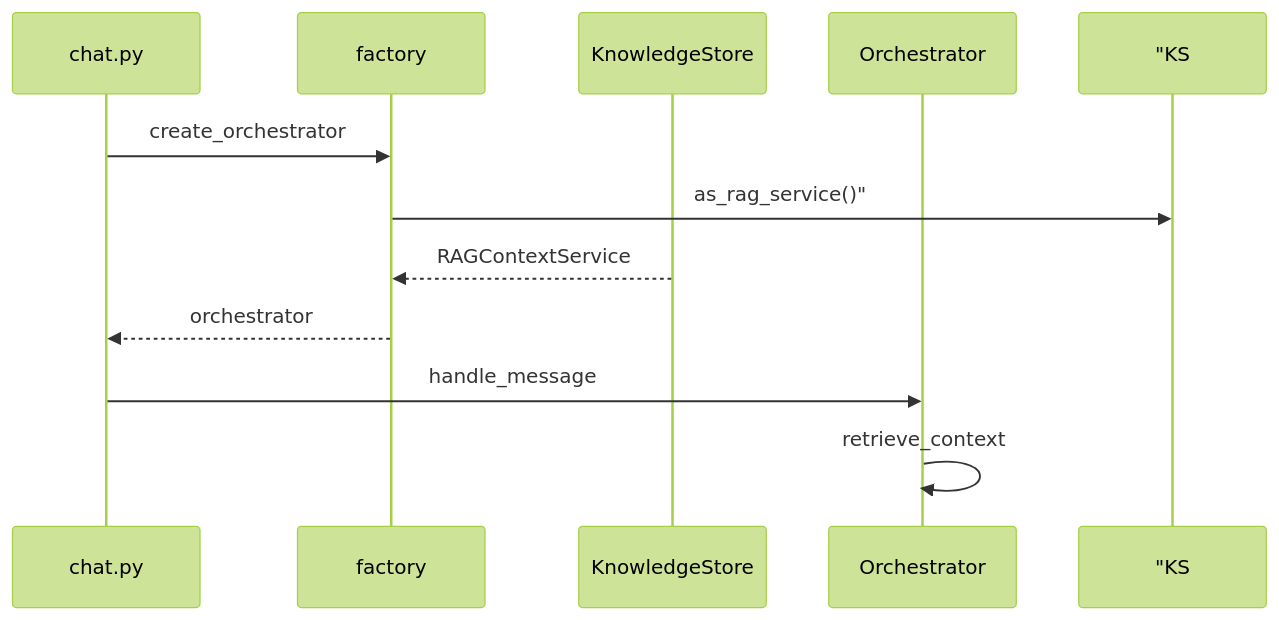
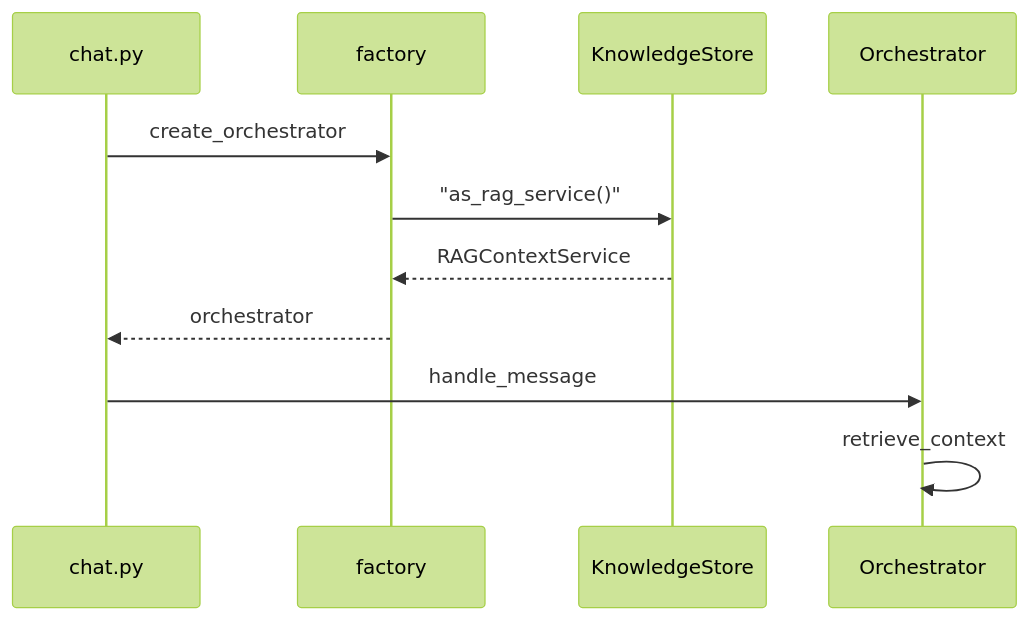
One commit to ab6539763/70_days_course_plus changed the second of 2 diagrams in course/day25/20_完整代码走查.md. Above: the diagram before and after it, drawn with Mermaid (forest theme). The commit also changed other lines of this file and 80 other files, not shown here.

First line of the commit message:
fix(course): 修复 Mermaid 图表渲染报错 + 同步嵌入代码快照

````diff
--- a/course/day25/20_完整代码走查.md
+++ b/course/day25/20_完整代码走查.md
@@ -99,14 +99,14 @@
 ```mermaid
 sequenceDiagram
     participant C as chat.py
     participant F as factory
     participant KS as KnowledgeStore
     participant O as Orchestrator
 
     C->>F: create_orchestrator
-    F->> "KS: as_rag_service()"
+    F->>KS: "as_rag_service()"
     KS-->>F: RAGContextService
     F-->>C: orchestrator
     C->>O: handle_message
     O->>O: retrieve_context
 ```
````
